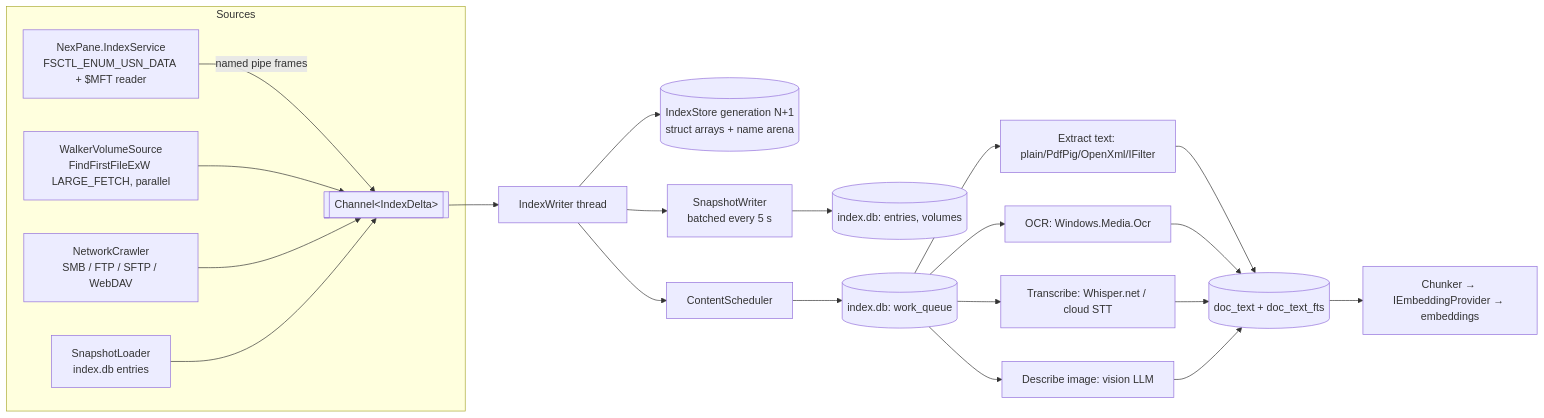
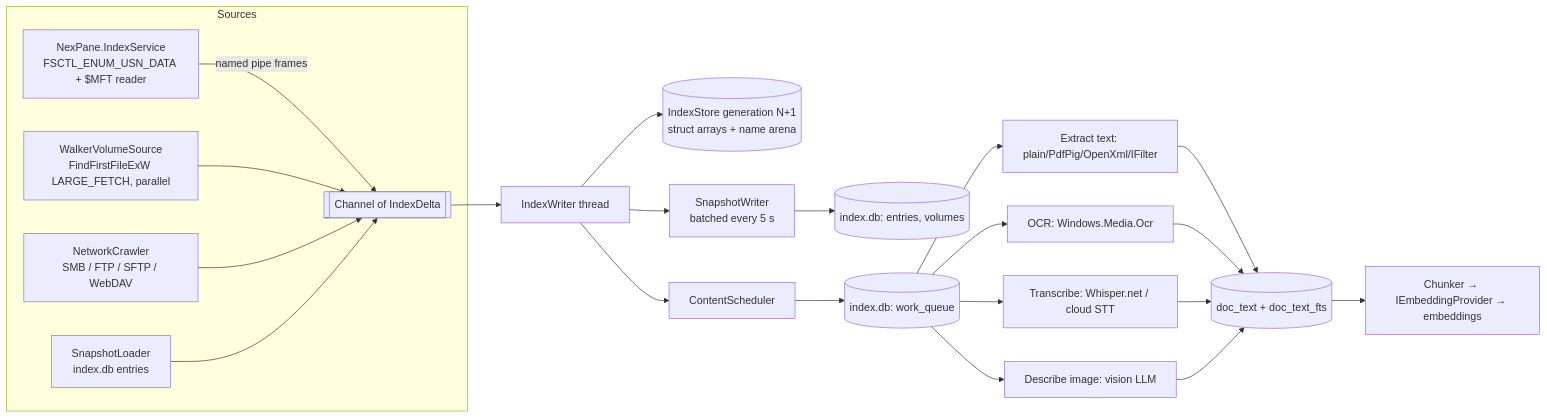
Before and after one commit to ewaisg/NextPane: the second of 6 diagrams in docs/handoff/ARCHITECTURE.md, drawn with Mermaid. The commit also changed other lines of this file and 10 other files, not shown here.

````diff
--- a/docs/handoff/ARCHITECTURE.md
+++ b/docs/handoff/ARCHITECTURE.md
@@ -244,21 +244,21 @@
 ```mermaid
 flowchart LR
   subgraph Sources
     A1[NexPane.IndexService<br/>FSCTL_ENUM_USN_DATA + $MFT reader] -->|named pipe frames| B
     A2[WalkerVolumeSource<br/>FindFirstFileExW LARGE_FETCH, parallel] --> B
     A3[NetworkCrawler<br/>SMB / FTP / SFTP / WebDAV] --> B
     A4[SnapshotLoader<br/>index.db entries] --> B
   end
-  B[[Channel&lt;IndexDelta&gt;]] --> C[IndexWriter thread]
+  B[["Channel of IndexDelta"]] --> C[IndexWriter thread]
   C --> D[(IndexStore generation N+1<br/>struct arrays + name arena)]
   C --> E[SnapshotWriter<br/>batched every 5 s]
   E --> F[(index.db: entries, volumes)]
   C --> G[ContentScheduler]
   G --> H[(index.db: work_queue)]
   H --> I[Extract text: plain/PdfPig/OpenXml/IFilter]
   H --> J[OCR: Windows.Media.Ocr]
   H --> K[Transcribe: Whisper.net / cloud STT]
   H --> L[Describe image: vision LLM]
   I & J & K & L --> M[(doc_text + doc_text_fts)]
   M --> N[Chunker → IEmbeddingProvider → embeddings]
 ```
````
